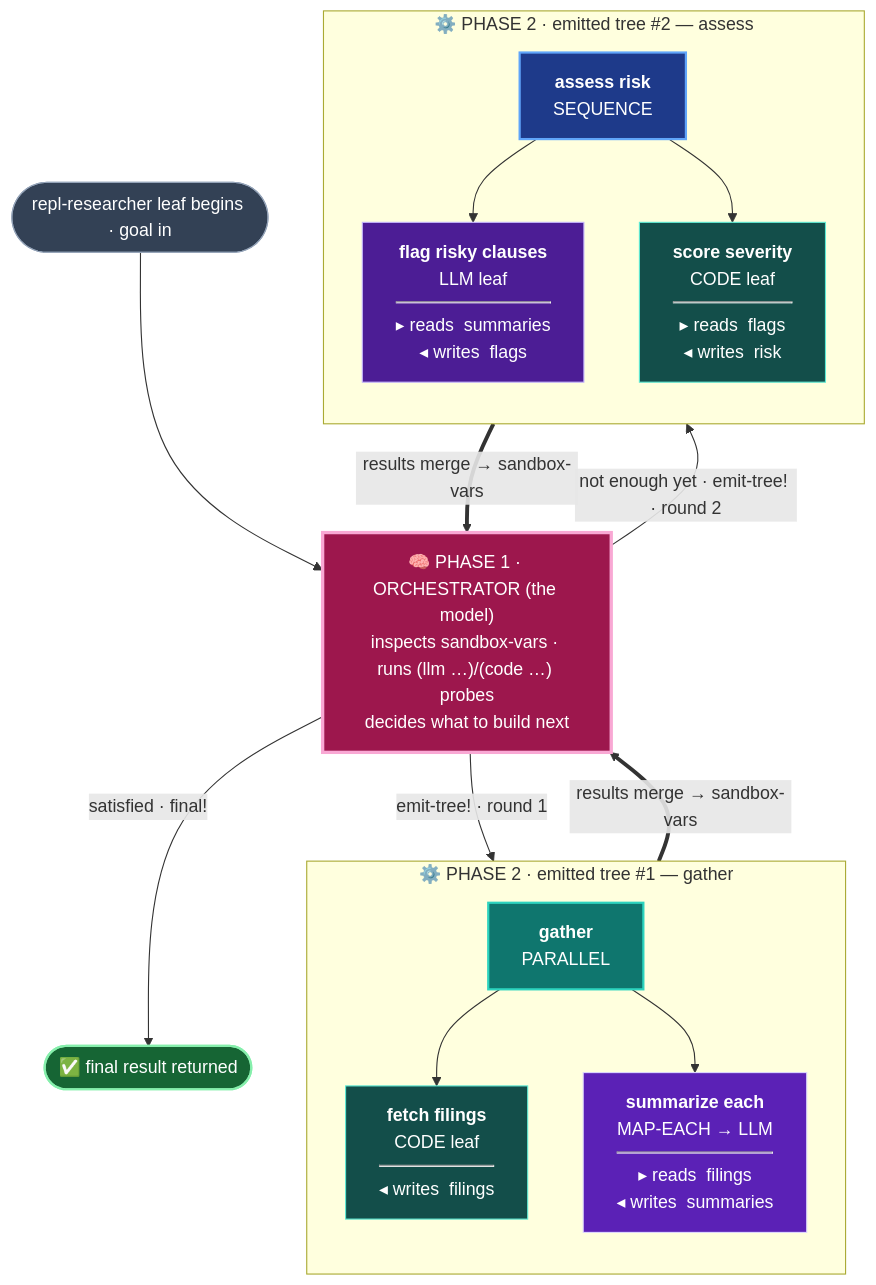
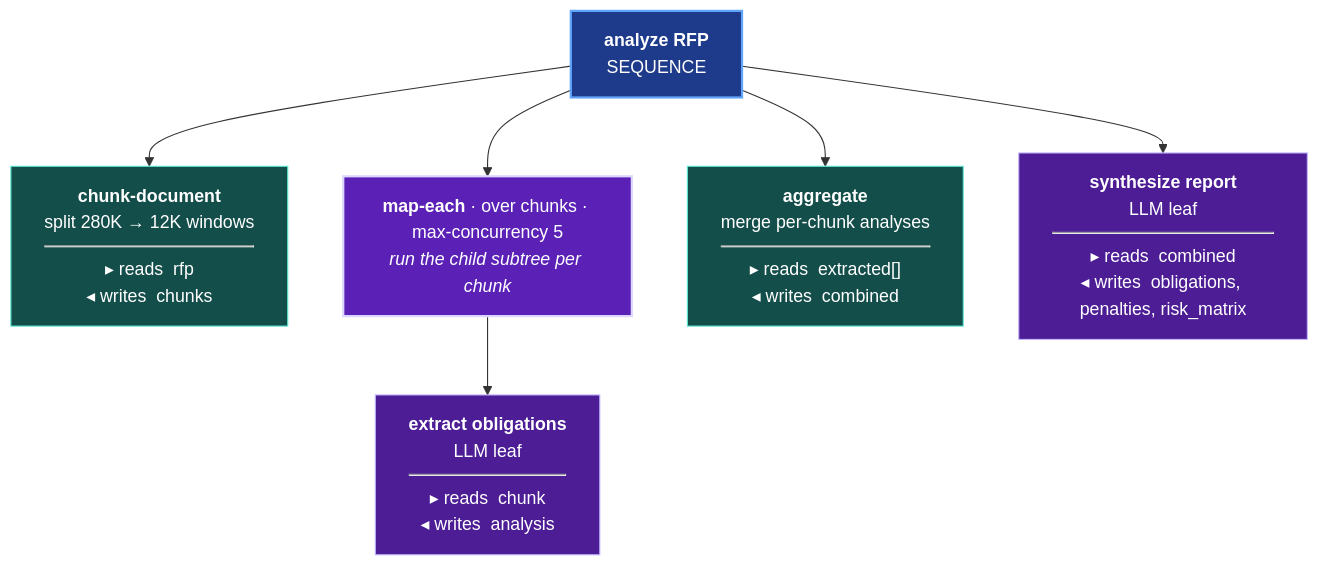
Before and after one commit to davidwuchn/orc: the eighth of 9 diagrams in docs/GETTING-STARTED.md, drawn with Mermaid. The commit also changed other lines of this file and 1 other file, not shown here.

Commit message:
docs(rlm): tell the RLM story as a storyboard of full emitted trees
The single cyclic chart was garbled. Replace it with a clean loop overview plus
each round shown as its OWN full, detailed tree (benchmark-grounded), with the
orchestrator's success/failure reasoning narrated between:
- Overview: orchestrator → round 1 → reason → round 2 → reason → final!
- Round 1: a full chunk → map-each(llm) → aggregate → synthesize pipeline for a
  280K-token RFP (a real shape from the generalization benchmark).
- Reasoning: obligations good, penalties thin / a leaf in :failed-leaves.
- Round 2: a focused follow-up tree reading the surviving sandbox-vars, then final!.
Shows the repl-researcher designing full trees on the fly across rounds, not a
simple sequence squeezed into one diagram. Both RLM-GUIDE + GETTING-STARTED;
verified under GitHub strict config.

````diff
--- a/docs/GETTING-STARTED.md
+++ b/docs/GETTING-STARTED.md
@@ -1266,30 +1281,13 @@
 ```mermaid
 flowchart TB
-  start(["repl-researcher leaf begins · goal in"]):::io --> orch
-  orch["🧠 PHASE 1 · ORCHESTRATOR (the model)<br/>inspects sandbox-vars · runs (llm …)/(code …) probes<br/>decides what to build next"]:::rlm
-  orch -->|"emit-tree! · round 1"| T1
-  subgraph T1["⚙️ PHASE 2 · emitted tree #1 — gather"]
-    direction TB
-    g["<b>gather</b><br/>PARALLEL"]:::par
-    g --> g1["<b>fetch filings</b><br/>CODE leaf<hr/>◂ writes&nbsp;&nbsp;filings"]:::code
-    g --> g2["<b>summarize each</b><br/>MAP-EACH → LLM<hr/>▸ reads&nbsp;&nbsp;filings<br/>◂ writes&nbsp;&nbsp;summaries"]:::me
-  end
-  T1 ==>|"results merge → sandbox-vars"| orch
-  orch -->|"not enough yet · emit-tree! · round 2"| T2
-  subgraph T2["⚙️ PHASE 2 · emitted tree #2 — assess"]
-    direction TB
-    a["<b>assess risk</b><br/>SEQUENCE"]:::seq
-    a --> a1["<b>flag risky clauses</b><br/>LLM leaf<hr/>▸ reads&nbsp;&nbsp;summaries<br/>◂ writes&nbsp;&nbsp;flags"]:::llm
-    a --> a2["<b>score severity</b><br/>CODE leaf<hr/>▸ reads&nbsp;&nbsp;flags<br/>◂ writes&nbsp;&nbsp;risk"]:::code
-  end
-  T2 ==>|"results merge → sandbox-vars"| orch
-  orch -->|"satisfied · final!"| done(["✅ final result returned"]):::done
-  classDef rlm fill:#9d174d,stroke:#f9a8d4,color:#fff,stroke-width:3px;
-  classDef par fill:#0f766e,stroke:#2dd4bf,color:#fff,stroke-width:2px;
+  root["<b>analyze RFP</b><br/>SEQUENCE"]:::seq
+  root --> chunk["<b>chunk-document</b><br/>split 280K → 12K windows<hr/>▸ reads&nbsp;&nbsp;rfp<br/>◂ writes&nbsp;&nbsp;chunks"]:::code
+  root --> map["<b>map-each</b> · over chunks · max-concurrency 5<br/><i>run the child subtree per chunk</i>"]:::me
+  map --> child["<b>extract obligations</b><br/>LLM leaf<hr/>▸ reads&nbsp;&nbsp;chunk<br/>◂ writes&nbsp;&nbsp;analysis"]:::llm
+  root --> agg["<b>aggregate</b><br/>merge per-chunk analyses<hr/>▸ reads&nbsp;&nbsp;extracted[]<br/>◂ writes&nbsp;&nbsp;combined"]:::code
+  root --> syn["<b>synthesize report</b><br/>LLM leaf<hr/>▸ reads&nbsp;&nbsp;combined<br/>◂ writes&nbsp;&nbsp;obligations, penalties, risk_matrix"]:::llm
   classDef seq fill:#1e3a8a,stroke:#60a5fa,color:#fff,stroke-width:2px;
   classDef code fill:#134e4a,stroke:#5eead4,color:#fff;
+  classDef me fill:#5b21b6,stroke:#ddd6fe,color:#fff,stroke-width:2px;
   classDef llm fill:#4c1d95,stroke:#c4b5fd,color:#fff;
-  classDef me fill:#5b21b6,stroke:#ddd6fe,color:#fff;
-  classDef io fill:#334155,stroke:#94a3b8,color:#fff;
-  classDef done fill:#166534,stroke:#86efac,color:#fff,stroke-width:2px;
 ```
````
